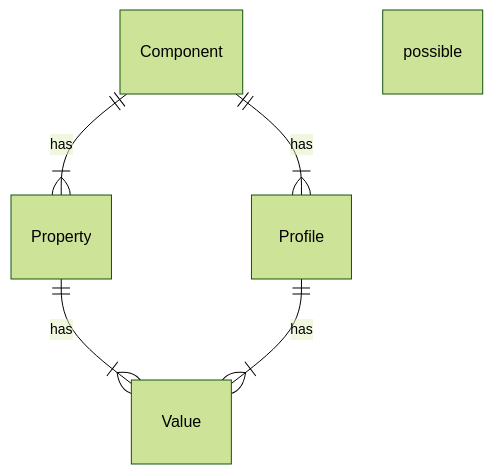
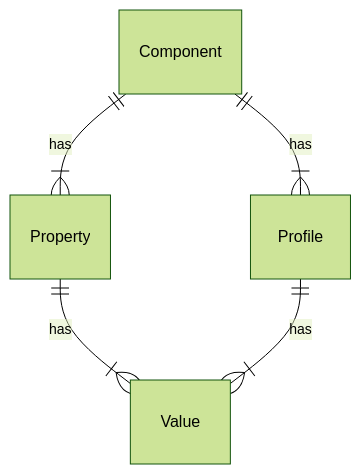
Before and after one commit to 51Degrees/specifications: the diagram in device-detection-specification/pipeline-elements/device-detection-on-premise.md, drawn with Mermaid (forest theme). The commit also changed other lines of this file and 10 other files, not shown here.

````diff
--- a/device-detection-specification/pipeline-elements/device-detection-on-premise.md
+++ b/device-detection-specification/pipeline-elements/device-detection-on-premise.md
@@ -20,7 +20,7 @@
 ```mermaid
 erDiagram
     Component ||--|{ Property : has
-    Property ||--|{ Value : has possible
+    Property ||--|{ Value : has
     Component ||--|{ Profile : has
     Profile ||--|{ Value : has
 ```
````
